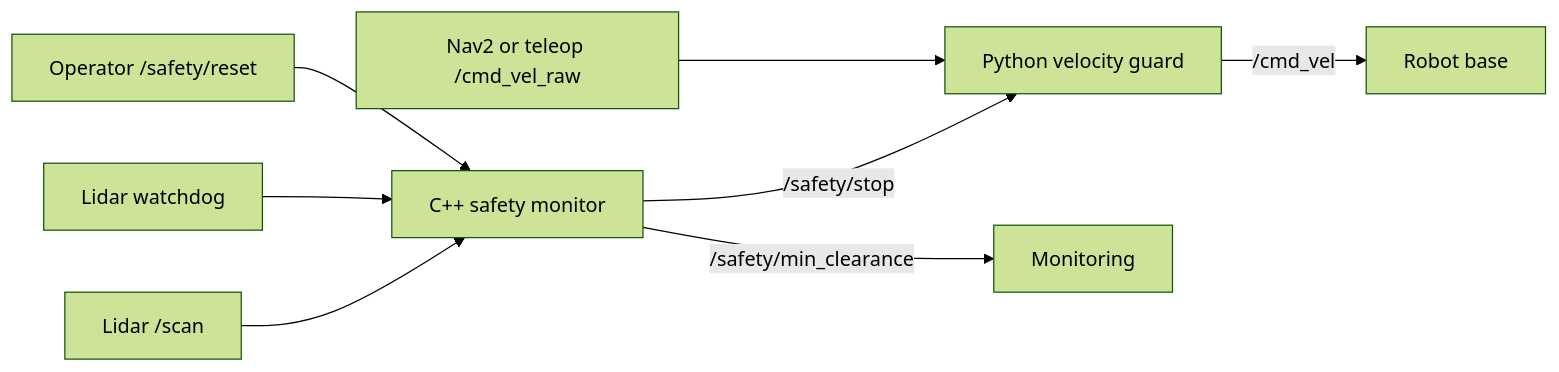
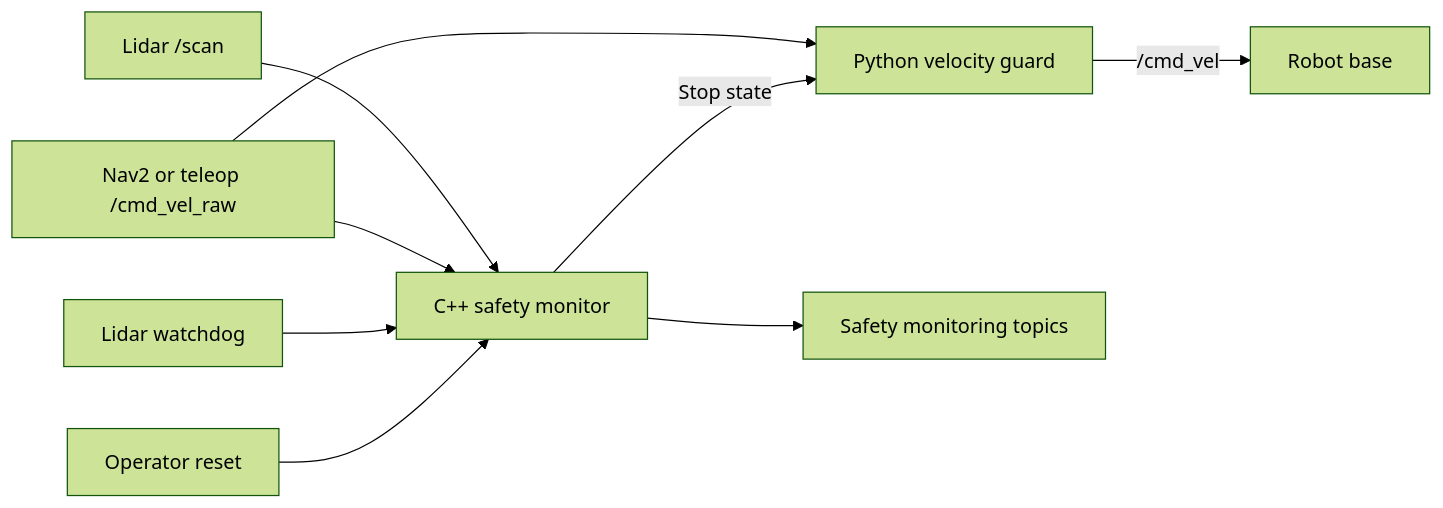
Before and after one commit to Harshpatel0812/ros2-lidar-safety-monitor: the diagram in README.md, drawn with Mermaid (forest theme). The commit also changed other lines of this file and 6 other files, not shown here.

````diff
--- a/README.md
+++ b/README.md
@@ -36,10 +38,11 @@
 ```mermaid
 flowchart LR
     L["Lidar /scan"] --> M["C++ safety monitor"]
-    M -->|"/safety/stop"| G["Python velocity guard"]
-    M -->|"/safety/min_clearance"| D["Monitoring"]
+    N["Nav2 or teleop /cmd_vel_raw"] --> M
+    N --> G["Python velocity guard"]
     W["Lidar watchdog"] --> M
-    N["Nav2 or teleop /cmd_vel_raw"] --> G
+    M -->|"Stop state"| G
+    M --> D["Safety monitoring topics"]
     G -->|"/cmd_vel"| R["Robot base"]
-    U["Operator /safety/reset"] --> M
+    U["Operator reset"] --> M
 ```
````
